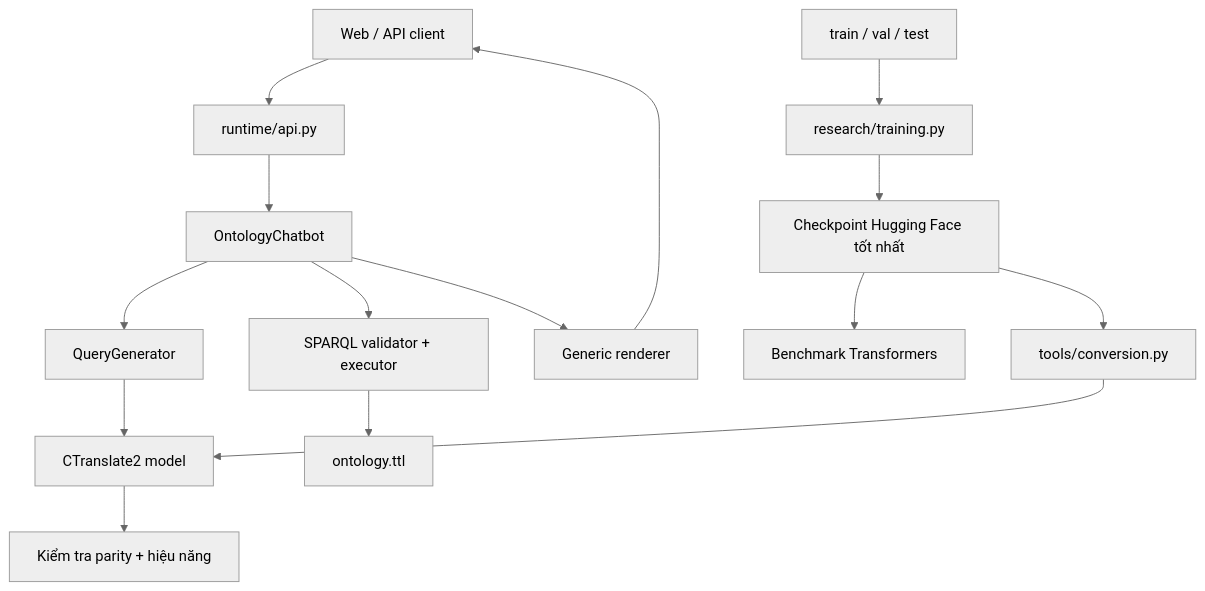
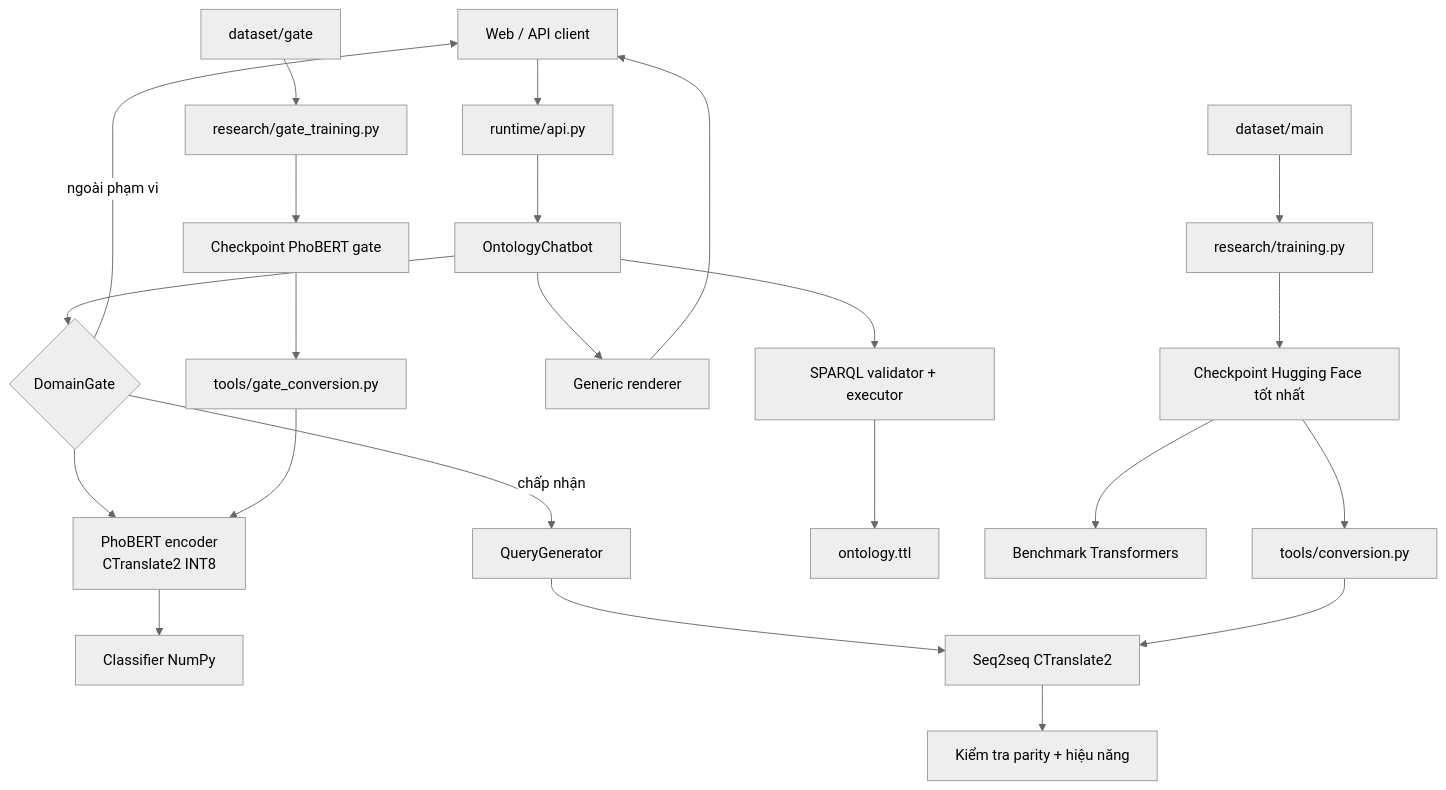
Before and after one commit to vpthinh19/ontology-chatbot: the diagram in docs/ARCHITECTURE.md, drawn with Mermaid (neutral theme). The commit also changed other lines of this file and 6 other files, not shown here.

````diff
--- a/docs/ARCHITECTURE.md
+++ b/docs/ARCHITECTURE.md
@@ -5,18 +5,26 @@
 ```mermaid
 flowchart TB
     UI["Web / API client"] --> API["runtime/api.py"]
     API --> P["OntologyChatbot"]
-    P --> G["QueryGenerator"]
-    G --> CT2["CTranslate2 model"]
+    P --> DG{"DomainGate"}
+    DG -- "ngoài phạm vi" --> UI
+    DG -- "chấp nhận" --> G["QueryGenerator"]
+    DG --> PE["PhoBERT encoder<br/>CTranslate2 INT8"]
+    PE --> NH["Classifier NumPy"]
+    G --> CT2["Seq2seq CTranslate2"]
     P --> Q["SPARQL validator + executor"]
     Q --> RDF["ontology.ttl"]
     P --> R["Generic renderer"]
     R --> UI
 
-    D["train / val / test"] --> TR["research/training.py"]
+    D["dataset/main"] --> TR["research/training.py"]
+    GD["dataset/gate"] --> GT["research/gate_training.py"]
+    GT --> PG["Checkpoint PhoBERT gate"]
+    PG --> GC["tools/gate_conversion.py"]
+    GC --> PE
     TR --> HF["Checkpoint Hugging Face tốt nhất"]
     HF --> BM["Benchmark Transformers"]
     HF --> CV["tools/conversion.py"]
     CV --> CT2
     CT2 --> PA["Kiểm tra parity + hiệu năng"]
 ```
````
